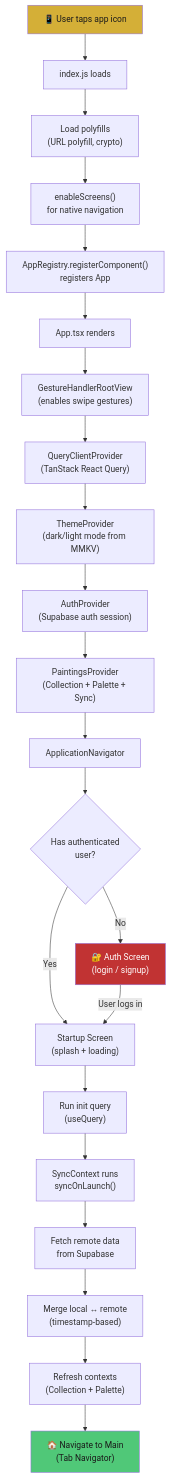
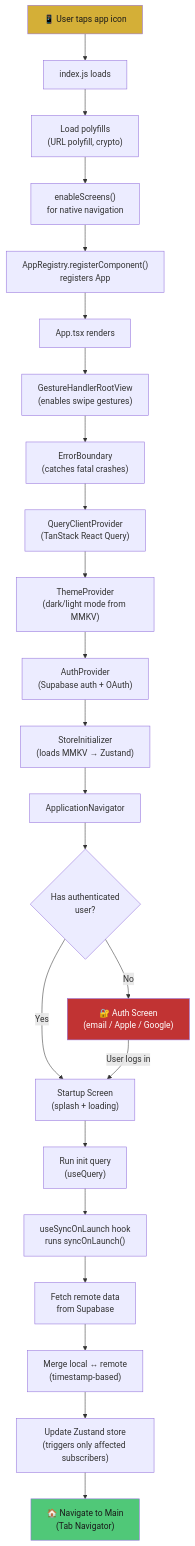
The first of 10 diagrams in DEVELOPERS_GUIDE.md (zoha-rakotomalala/Mithra), drawn with Mermaid before and after one commit. The commit also changed other lines of this file and 35 other files, not shown here.

````diff
--- a/DEVELOPERS_GUIDE.md
+++ b/DEVELOPERS_GUIDE.md
@@ -383,32 +390,33 @@
 ```mermaid
 flowchart TD
     A["📱 User taps app icon"] --> B["index.js loads"]
     B --> C["Load polyfills\n(URL polyfill, crypto)"]
     C --> D["enableScreens()\nfor native navigation"]
     D --> E["AppRegistry.registerComponent()\nregisters App"]
     E --> F["App.tsx renders"]
 
     F --> G["GestureHandlerRootView\n(enables swipe gestures)"]
-    G --> H["QueryClientProvider\n(TanStack React Query)"]
+    G --> EB["ErrorBoundary\n(catches fatal crashes)"]
+    EB --> H["QueryClientProvider\n(TanStack React Query)"]
     H --> I["ThemeProvider\n(dark/light mode from MMKV)"]
-    I --> J["AuthProvider\n(Supabase auth session)"]
-    J --> K["PaintingsProvider\n(Collection + Palette + Sync)"]
+    I --> J["AuthProvider\n(Supabase auth + OAuth)"]
+    J --> K["StoreInitializer\n(loads MMKV → Zustand)"]
     K --> L["ApplicationNavigator"]
 
     L --> M{Has authenticated\nuser?}
-    M -->|No| N["🔐 Auth Screen\n(login / signup)"]
+    M -->|No| N["🔐 Auth Screen\n(email / Apple / Google)"]
     M -->|Yes| O["Startup Screen\n(splash + loading)"]
 
     O --> P["Run init query\n(useQuery)"]
-    P --> Q["SyncContext runs\nsyncOnLaunch()"]
+    P --> Q["useSyncOnLaunch hook\nruns syncOnLaunch()"]
     Q --> R["Fetch remote data\nfrom Supabase"]
     R --> S["Merge local ↔ remote\n(timestamp-based)"]
-    S --> T["Refresh contexts\n(Collection + Palette)"]
+    S --> T["Update Zustand store\n(triggers only affected subscribers)"]
     T --> U["🏠 Navigate to Main\n(Tab Navigator)"]
 
     N -->|"User logs in"| O
 
     style A fill:#d4af37,color:#1a1a1a
     style U fill:#50c878,color:#1a1a1a
     style N fill:#c13333,color:#ffffff
 ```
````
